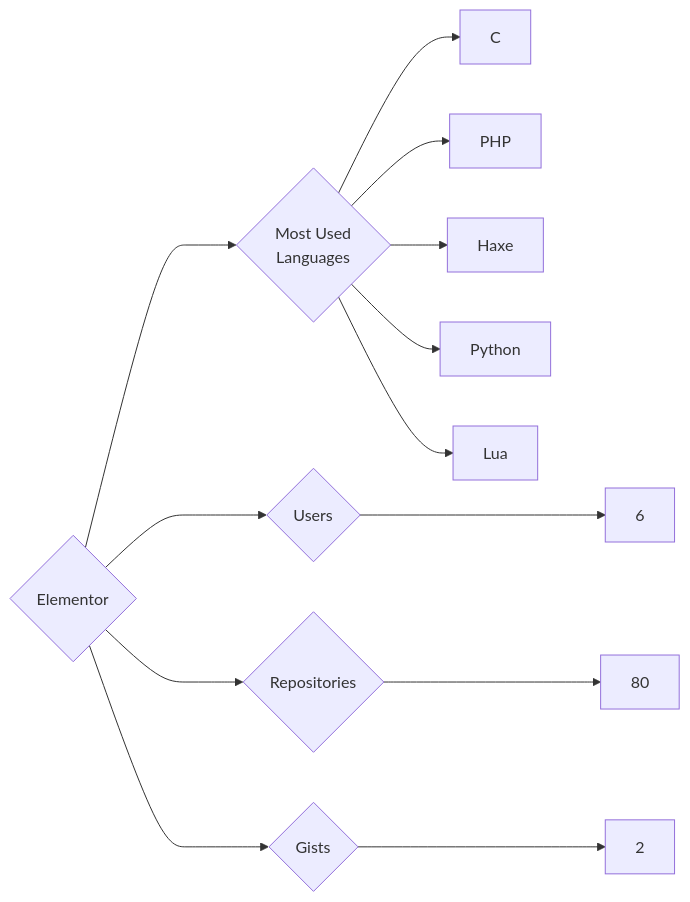
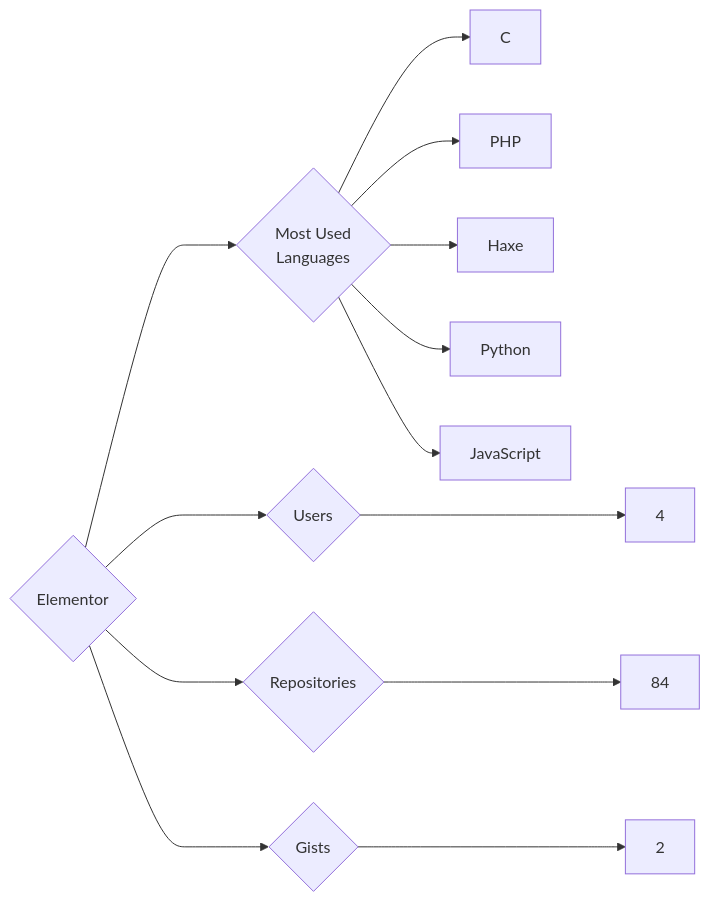
One commit to trickest/insiders changed the diagram in targets/Elementor/README.md. Above: the diagram before and after it, drawn with Mermaid. The commit also changed 985 other files, not shown here.

````diff
--- a/targets/Elementor/README.md
+++ b/targets/Elementor/README.md
@@ -3,13 +3,13 @@
 ```mermaid
 graph LR
 COMPANY_NAME{Elementor}
-COMPANY_NAME ---> U{Users} ---> UN[6]
-COMPANY_NAME ---> R{Repositories} ---> RN[80]
+COMPANY_NAME ---> U{Users} ---> UN[4]
+COMPANY_NAME ---> R{Repositories} ---> RN[84]
 COMPANY_NAME ---> G{Gists} ---> GN[2]
 COMPANY_NAME ---> ML{Most Used<br>Languages}
 ML --> C[C]
 ML --> PHP[PHP]
 ML --> Haxe[Haxe]
 ML --> Python[Python]
-ML --> Lua[Lua]
+ML --> JavaScript[JavaScript]
 ```
````
